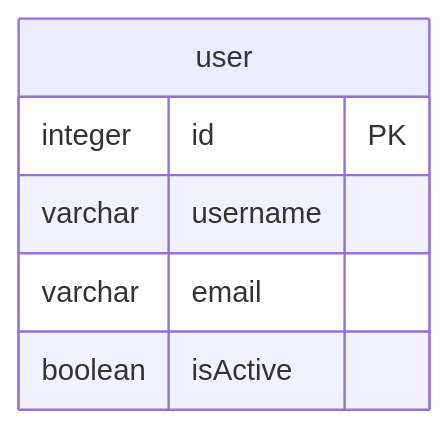
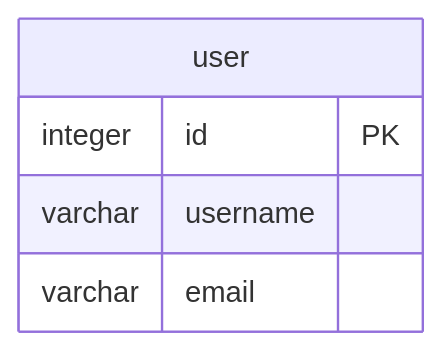
One commit to hermin9804/typeorm-markdown-generator changed the second of 4 diagrams in test/test-nestjs-app/docs/postgres-erd.md. Above: the diagram before and after it, drawn with Mermaid. The commit also changed other lines of this file and 5 other files, not shown here.

````diff
--- a/test/test-nestjs-app/docs/postgres-erd.md
+++ b/test/test-nestjs-app/docs/postgres-erd.md
@@ -140,10 +95,9 @@
 ```mermaid
 erDiagram
   user {
     integer id PK
     varchar username
     varchar email
-    boolean isActive
   }
   
 ```
````
